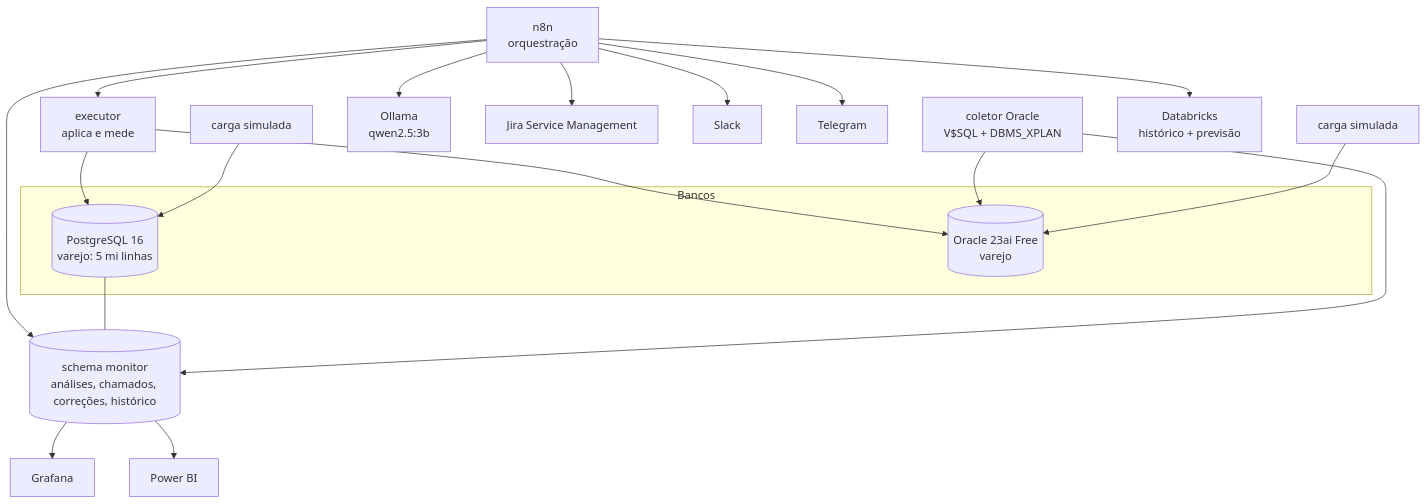
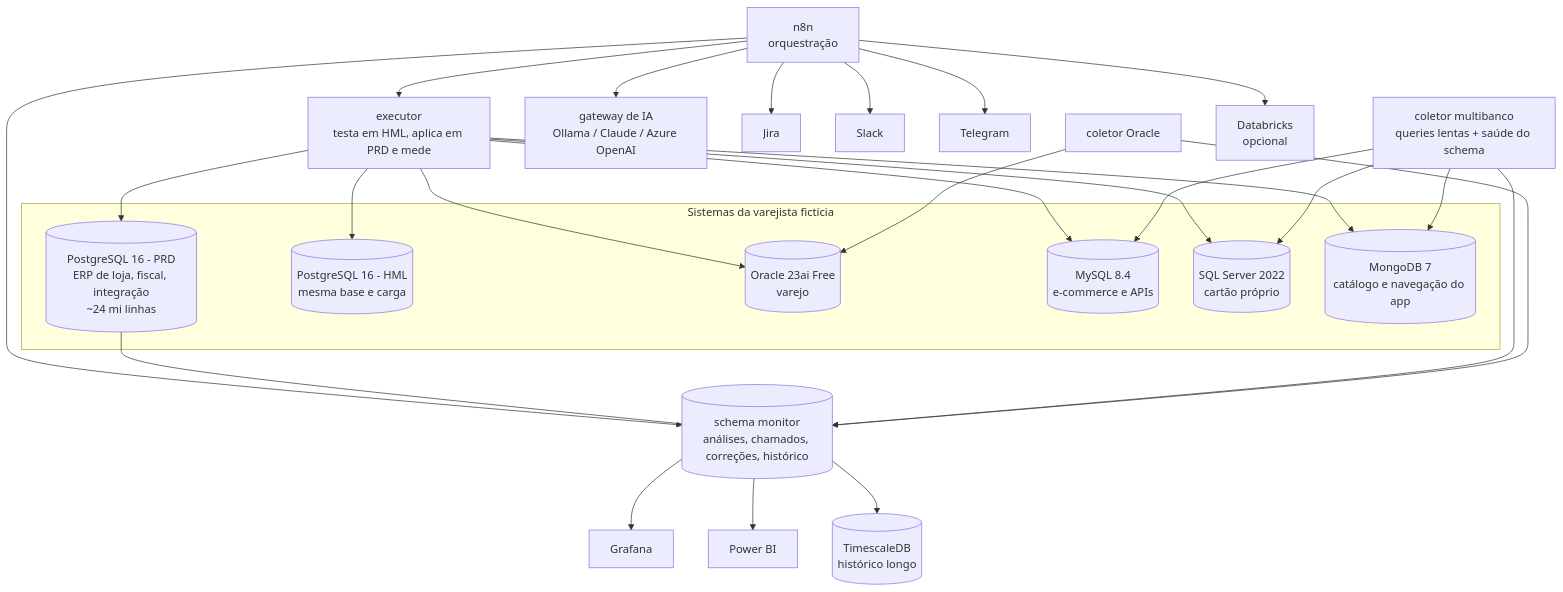
Before and after one commit to LuiixCampos/monitor-db-ia: the second of 2 diagrams in README.md, drawn with Mermaid. The commit also changed other lines of this file and 40 other files, not shown here.

Commit message:
Base ampliada, multibanco, esteira HML/PRD, previsão e deploy Azure

````diff
--- a/README.md
+++ b/README.md
@@ -29,23 +34,23 @@
 ```mermaid
 flowchart TB
-    subgraph Bancos
-      PG[(PostgreSQL 16<br/>varejo: 5 mi linhas)]
+    subgraph Sistemas da varejista fictícia
+      PG[(PostgreSQL 16 - PRD<br/>ERP de loja, fiscal, integração<br/>~24 mi linhas)]
+      HML[(PostgreSQL 16 - HML<br/>mesma base e carga)]
       ORA[(Oracle 23ai Free<br/>varejo)]
+      MY[(MySQL 8.4<br/>e-commerce e APIs)]
+      MS[(SQL Server 2022<br/>cartão próprio)]
+      MG[(MongoDB 7<br/>catálogo e navegação do app)]
     end
-    CARGA[carga simulada] --> PG
-    CARGA2[carga simulada] --> ORA
-    COL[coletor Oracle<br/>V$SQL + DBMS_XPLAN] --> ORA
-    COL --> MON
+    COLO[coletor Oracle] --> ORA
+    COLM[coletor multibanco<br/>queries lentas + saúde do schema] --> MY & MS & MG
+    COLO & COLM --> MON
     PG --- MON[(schema monitor<br/>análises, chamados, correções, histórico)]
     N8N[n8n<br/>orquestração] --> MON
-    N8N --> OLL[Ollama<br/>qwen2.5:3b]
-    N8N --> JIRA[Jira Service Management]
-    N8N --> SLACK[Slack]
-    N8N --> TG[Telegram]
-    N8N --> EXE[executor<br/>aplica e mede]
-    EXE --> PG
-    EXE --> ORA
-    N8N --> DBX[Databricks<br/>histórico + previsão]
-    MON --> GRAF[Grafana]
-    MON --> PBI[Power BI]
+    N8N --> IA[gateway de IA<br/>Ollama / Claude / Azure OpenAI]
+    N8N --> JIRA[Jira] & SLACK[Slack] & TG[Telegram]
+    N8N --> EXE[executor<br/>testa em HML, aplica em PRD e mede]
+    EXE --> PG & HML & ORA & MY & MS & MG
+    MON --> GRAF[Grafana] & PBI[Power BI]
+    MON --> TS[(TimescaleDB<br/>histórico longo)]
+    N8N --> DBX[Databricks<br/>opcional]
 ```
````
